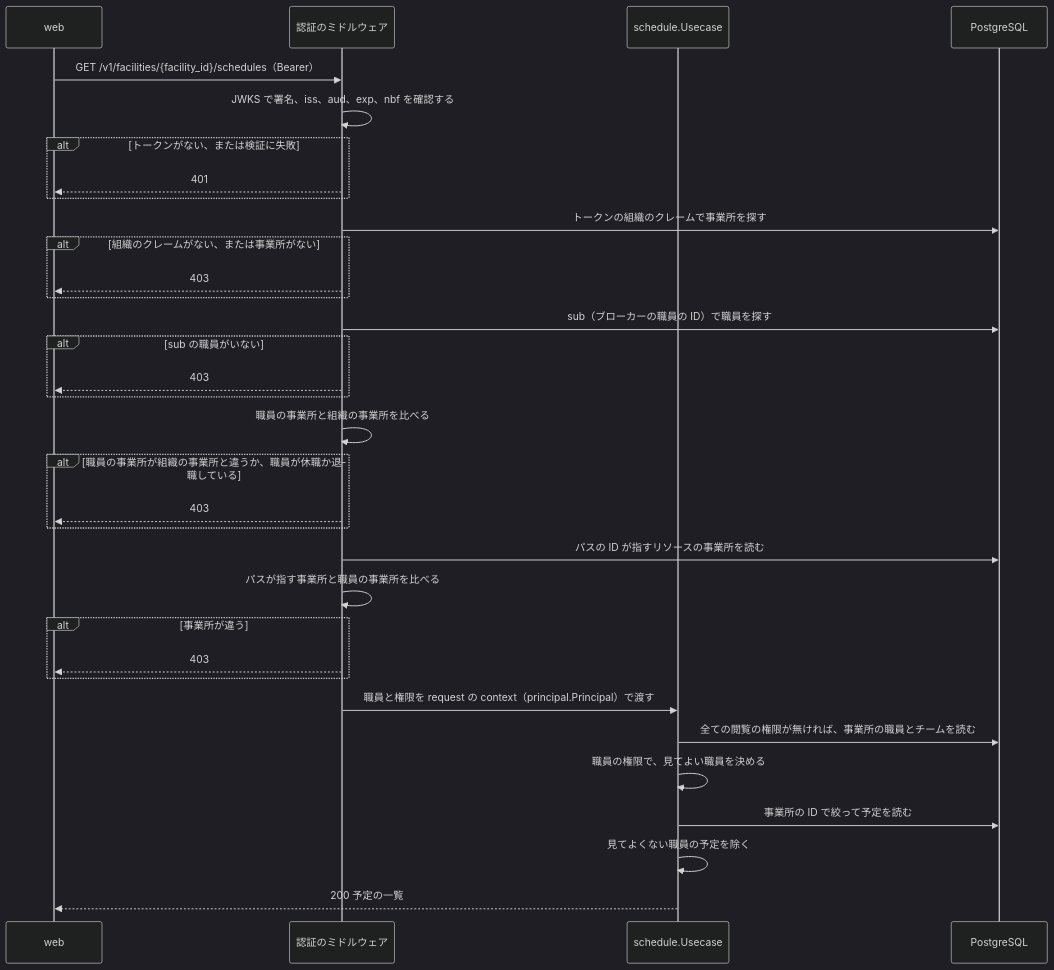
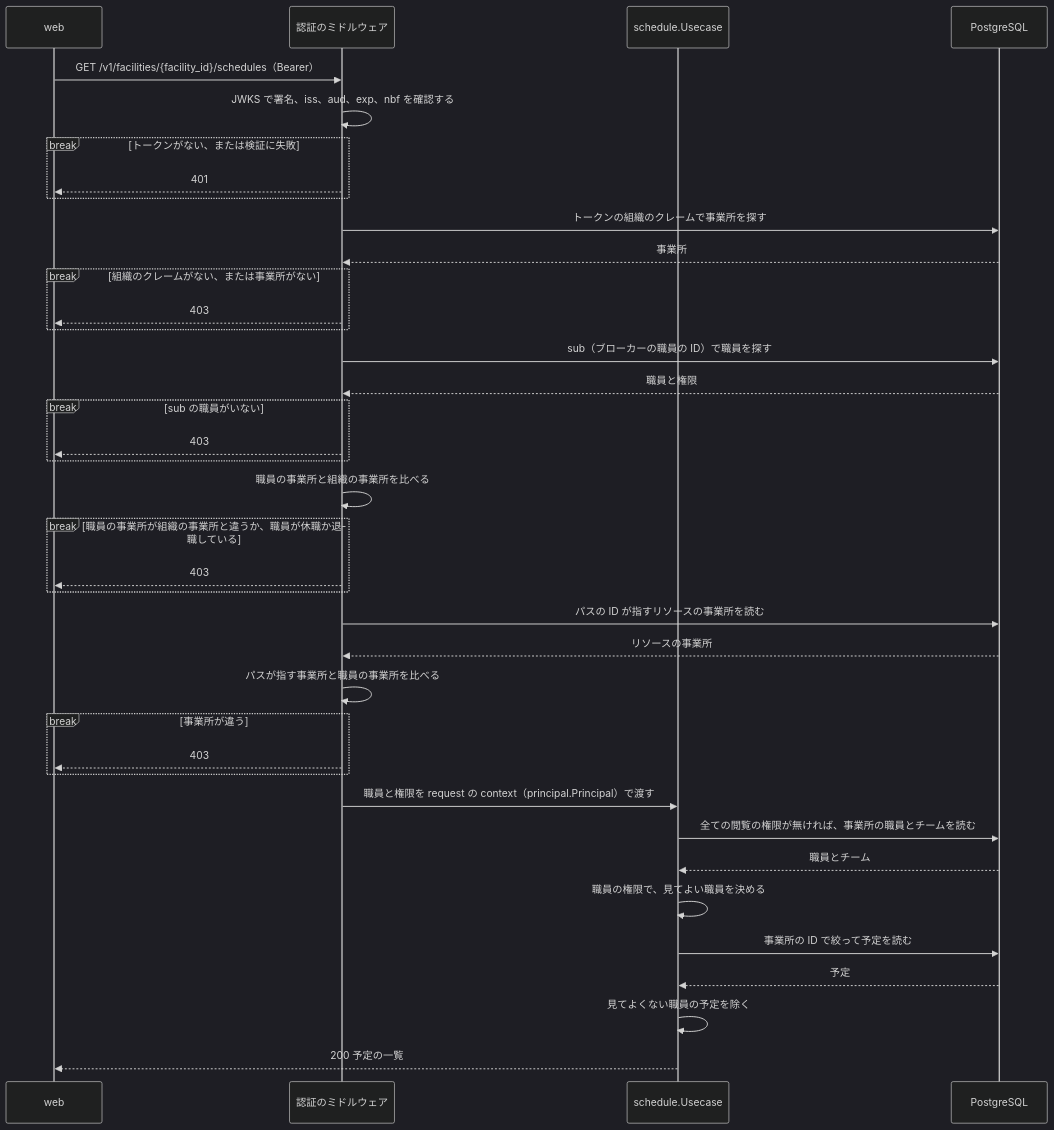
One commit to Fukuemon/buddy changed the second of 2 diagrams in services/schedule/DesignDoc.md. Above: the diagram before and after it, drawn with Mermaid (dark theme).

Commit message:
docs(schedule): 認証の図の拒む道を break で終え、DB の呼び出しに戻りを足す #428

````diff
--- a/services/schedule/DesignDoc.md
+++ b/services/schedule/DesignDoc.md
@@ -183,36 +183,41 @@
 ```mermaid
 sequenceDiagram
   participant W as web
   participant M as 認証のミドルウェア
   participant U as schedule.Usecase
   participant DB as PostgreSQL
 
   W->>M: GET /v1/facilities/{facility_id}/schedules（Bearer）
   M->>M: JWKS で署名、iss、aud、exp、nbf を確認する
-  alt トークンがない、または検証に失敗
+  break トークンがない、または検証に失敗
     M-->>W: 401
   end
   M->>DB: トークンの組織のクレームで事業所を探す
-  alt 組織のクレームがない、または事業所がない
+  DB-->>M: 事業所
+  break 組織のクレームがない、または事業所がない
     M-->>W: 403
   end
   M->>DB: sub（ブローカーの職員の ID）で職員を探す
-  alt sub の職員がいない
+  DB-->>M: 職員と権限
+  break sub の職員がいない
     M-->>W: 403
   end
   M->>M: 職員の事業所と組織の事業所を比べる
-  alt 職員の事業所が組織の事業所と違うか、職員が休職か退職している
+  break 職員の事業所が組織の事業所と違うか、職員が休職か退職している
     M-->>W: 403
   end
   M->>DB: パスの ID が指すリソースの事業所を読む
+  DB-->>M: リソースの事業所
   M->>M: パスが指す事業所と職員の事業所を比べる
-  alt 事業所が違う
+  break 事業所が違う
     M-->>W: 403
   end
   M->>U: 職員と権限を request の context（principal.Principal）で渡す
   U->>DB: 全ての閲覧の権限が無ければ、事業所の職員とチームを読む
+  DB-->>U: 職員とチーム
   U->>U: 職員の権限で、見てよい職員を決める
   U->>DB: 事業所の ID で絞って予定を読む
+  DB-->>U: 予定
   U->>U: 見てよくない職員の予定を除く
   U-->>W: 200 予定の一覧
 ```
````
